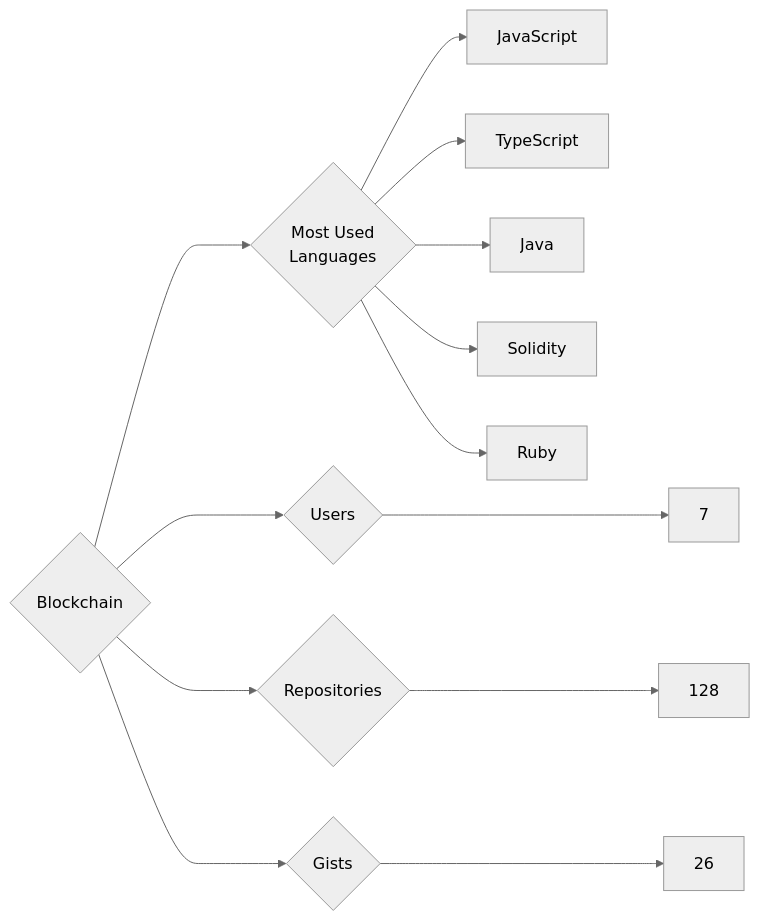
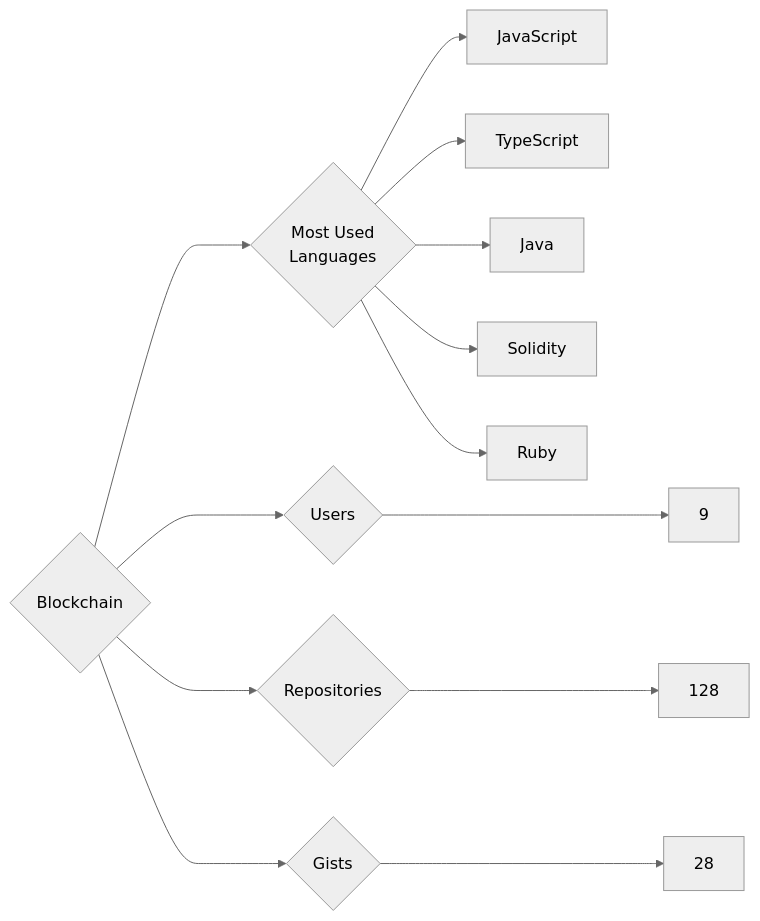
One commit to trickest/insiders changed the diagram in targets/Blockchain/README.md. Above: the diagram before and after it, drawn with Mermaid (neutral theme). The commit also changed 783 other files, not shown here.

````diff
--- a/targets/Blockchain/README.md
+++ b/targets/Blockchain/README.md
@@ -3,13 +3,13 @@
 ```mermaid
 graph LR
 COMPANY_NAME{Blockchain}
-COMPANY_NAME ---> U{Users} ---> UN[7]
+COMPANY_NAME ---> U{Users} ---> UN[9]
 COMPANY_NAME ---> R{Repositories} ---> RN[128]
-COMPANY_NAME ---> G{Gists} ---> GN[26]
+COMPANY_NAME ---> G{Gists} ---> GN[28]
 COMPANY_NAME ---> ML{Most Used<br>Languages}
 ML --> JavaScript[JavaScript]
 ML --> TypeScript[TypeScript]
 ML --> Java[Java]
 ML --> Solidity[Solidity]
 ML --> Ruby[Ruby]
 ```
````
